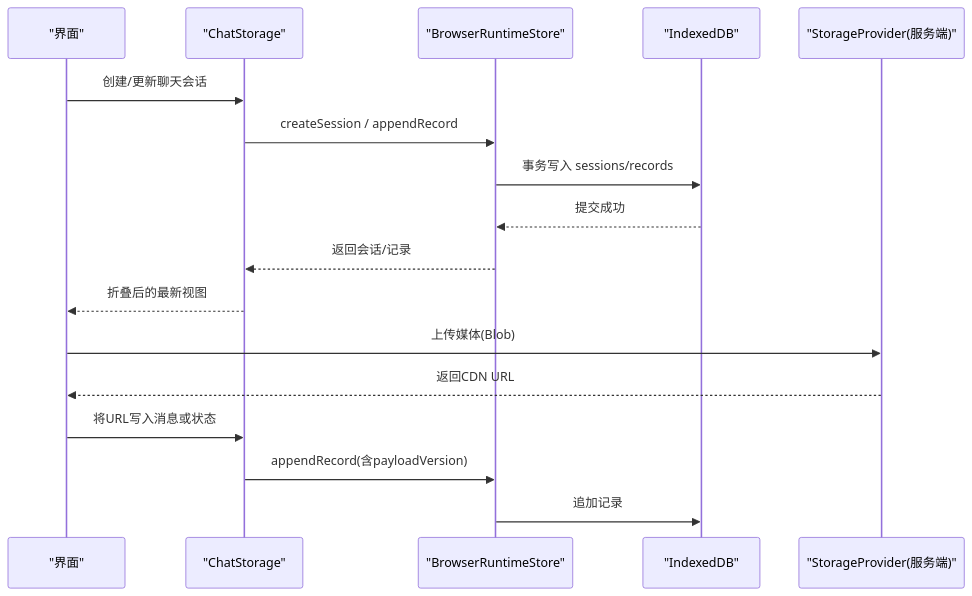
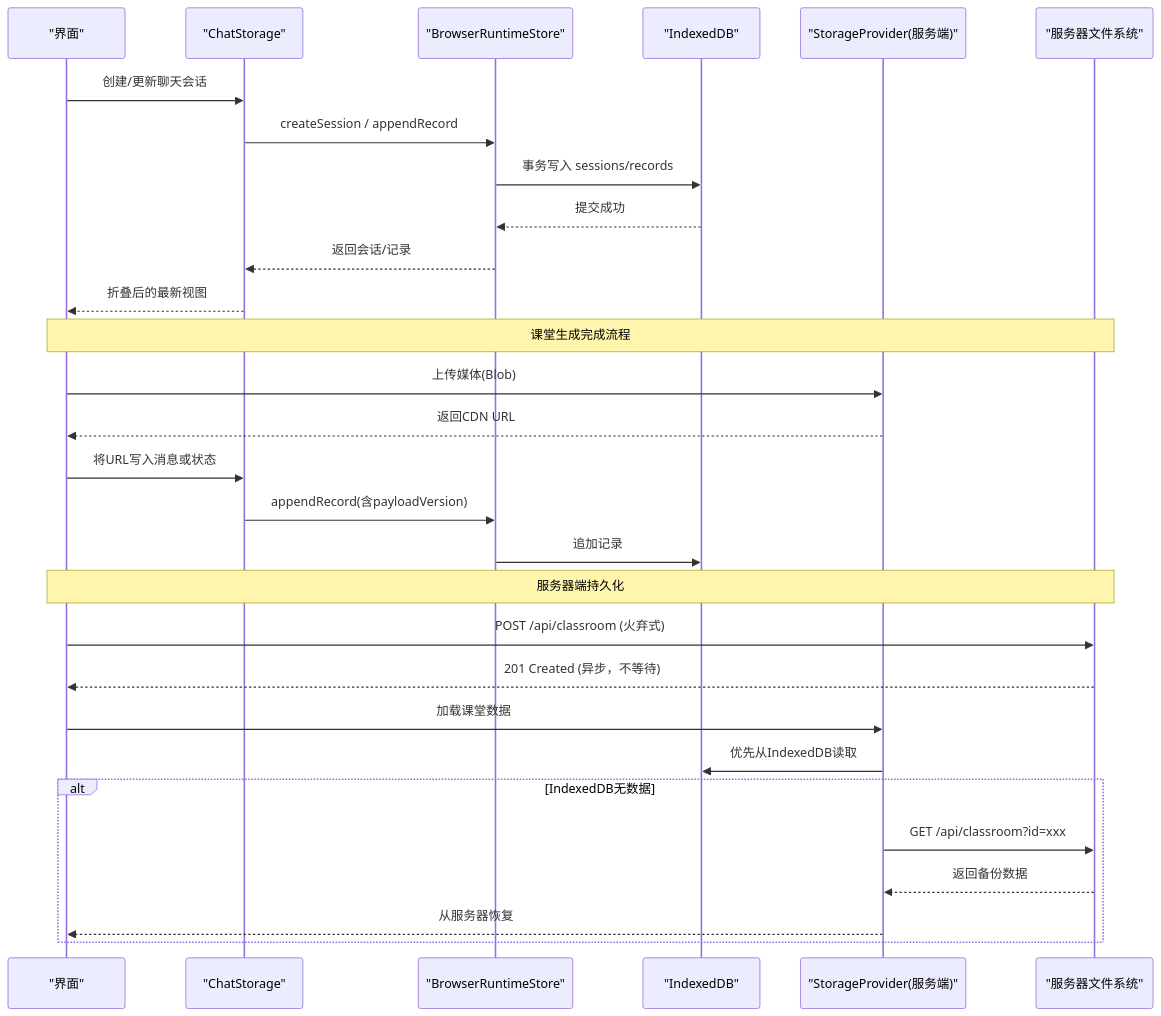
Before and after one commit to huangboheng/OpenMAIC: the first of 3 diagrams in .qoder/repowiki/zh/content/架构设计/前端架构设计/状态管理架构/状态持久化.md, drawn with Mermaid. The commit also changed other lines of this file and 15 other files, not shown here.

````diff
--- a/.qoder/repowiki/zh/content/架构设计/前端架构设计/状态管理架构/状态持久化.md
+++ b/.qoder/repowiki/zh/content/架构设计/前端架构设计/状态管理架构/状态持久化.md
@@ -39,19 +58,31 @@
 ```mermaid
 sequenceDiagram
 participant UI as "界面"
 participant Chat as "ChatStorage"
 participant RT as "BrowserRuntimeStore"
 participant IDB as "IndexedDB"
 participant Store as "StorageProvider(服务端)"
+participant FS as "服务器文件系统"
 UI->>Chat : 创建/更新聊天会话
 Chat->>RT : createSession / appendRecord
 RT->>IDB : 事务写入 sessions/records
 IDB-->>RT : 提交成功
 RT-->>Chat : 返回会话/记录
 Chat-->>UI : 折叠后的最新视图
+Note over UI,FS : 课堂生成完成流程
 UI->>Store : 上传媒体(Blob)
 Store-->>UI : 返回CDN URL
 UI->>Chat : 将URL写入消息或状态
 Chat->>RT : appendRecord(含payloadVersion)
 RT->>IDB : 追加记录
+Note over UI,FS : 服务器端持久化
+UI->>FS : POST /api/classroom (火弃式)
+FS-->>UI : 201 Created (异步，不等待)
+UI->>Store : 加载课堂数据
+Store->>IDB : 优先从IndexedDB读取
+alt IndexedDB无数据
+Store->>FS : GET /api/classroom?id=xxx
+FS-->>Store : 返回备份数据
+Store-->>UI : 从服务器恢复
+end
 ```
````
